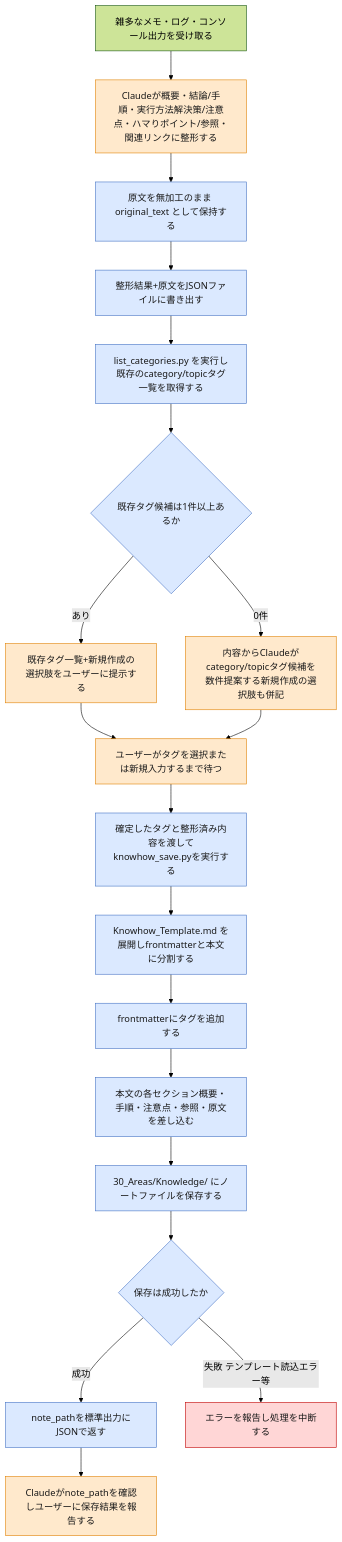
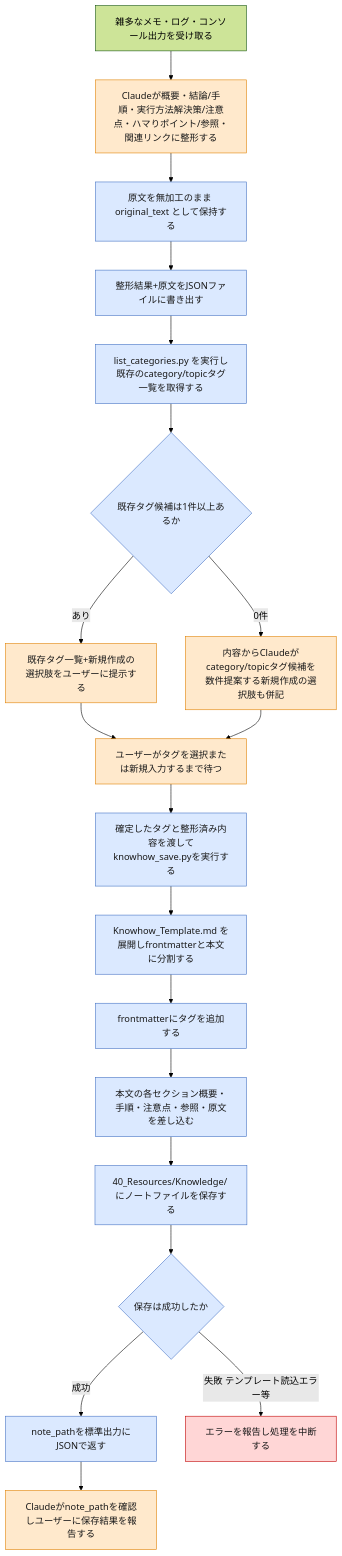
The diagram in 90_SkillFlows/knowhow-add-flow.md (asama0101/obsidian-claude), drawn with Mermaid (forest theme) before and after one commit. The commit also changed other lines of this file and 22 other files, not shown here.

````diff
--- a/90_SkillFlows/knowhow-add-flow.md
+++ b/90_SkillFlows/knowhow-add-flow.md
@@ -9,44 +9,44 @@
 ```mermaid
 flowchart TD
     A[雑多なメモ・ログ・コンソール出力を受け取る] --> B["Claudeが概要・結論/手順・実行方法解決策/注意点・ハマりポイント/参照・関連リンクに整形する"]
     B --> C[原文を無加工のまま original_text として保持する]
     C --> D[整形結果+原文をJSONファイルに書き出す]
     D --> E["list_categories.py を実行し既存のcategory/topicタグ一覧を取得する"]
     E --> F{既存タグ候補は1件以上あるか}
     F -->|あり| G[既存タグ一覧+新規作成の選択肢をユーザーに提示する]
     F -->|0件| H[内容からClaudeがcategory/topicタグ候補を数件提案する新規作成の選択肢も併記]
     G --> I[ユーザーがタグを選択または新規入力するまで待つ]
     H --> I
     I --> J[確定したタグと整形済み内容を渡してknowhow_save.pyを実行する]
     J --> K[Knowhow_Template.md を展開しfrontmatterと本文に分割する]
     K --> L[frontmatterにタグを追加する]
     L --> M[本文の各セクション概要・手順・注意点・参照・原文を差し込む]
-    M --> N[30_Areas/Knowledge/ にノートファイルを保存する]
+    M --> N[40_Resources/Knowledge/ にノートファイルを保存する]
     N --> O{保存は成功したか}
     O -->|成功| P[note_pathを標準出力にJSONで返す]
     O -->|失敗 テンプレート読込エラー等| Q[エラーを報告し処理を中断する]
     P --> R[Claudeがnote_pathを確認しユーザーに保存結果を報告する]
 
     class B claude
     class C python
     class D python
     class E python
     class F python
     class G claude
     class H claude
     class I claude
     class J python
     class K python
     class L python
     class M python
     class N python
     class O python
     class P python
     class Q error
     class R claude
 
     classDef python fill:#dbe9ff,stroke:#4472c4,color:#1a1a1a;
     classDef claude fill:#ffe9cc,stroke:#e08000,color:#1a1a1a;
     classDef error fill:#ffd6d6,stroke:#c00000,color:#1a1a1a;
     classDef future fill:#e6e6e6,stroke:#666666,stroke-dasharray: 5 5,color:#1a1a1a;
 ```
````
